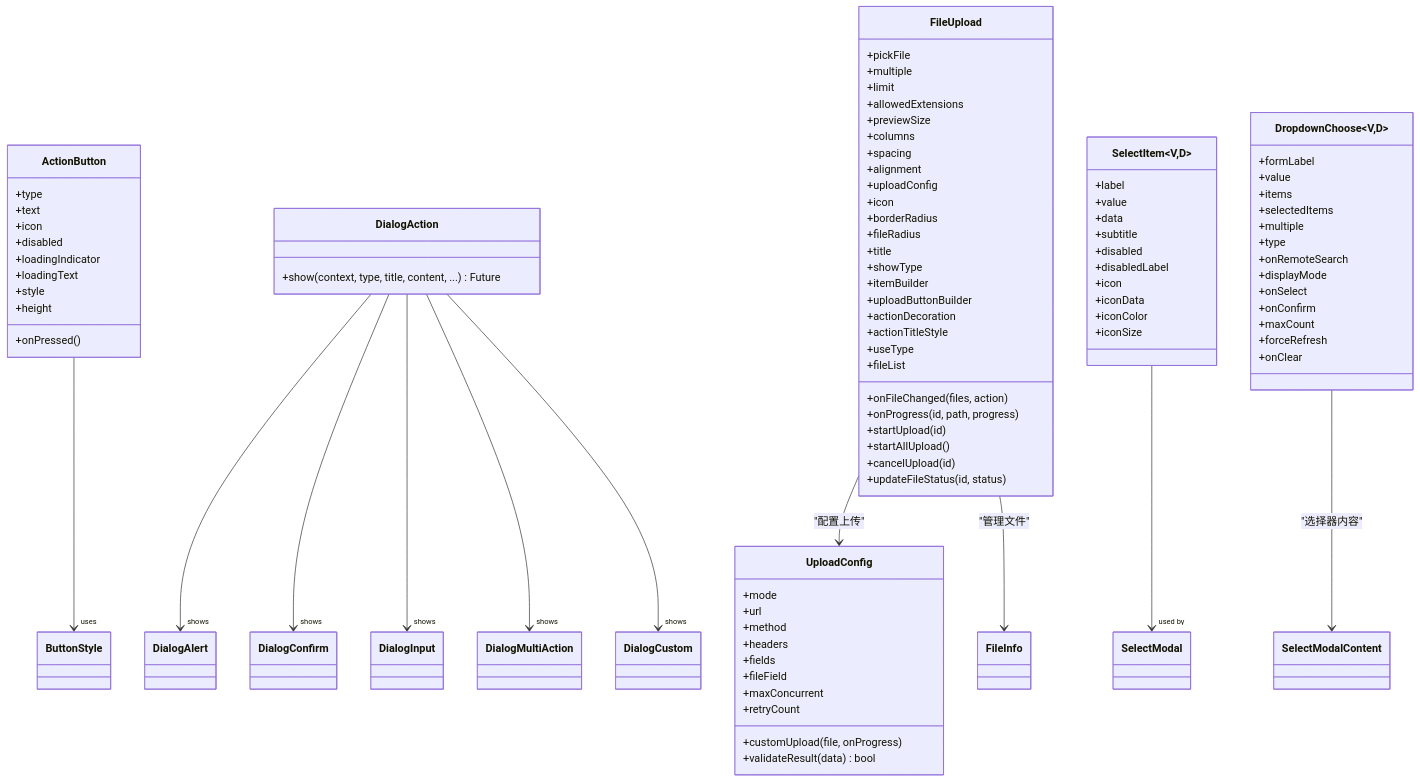
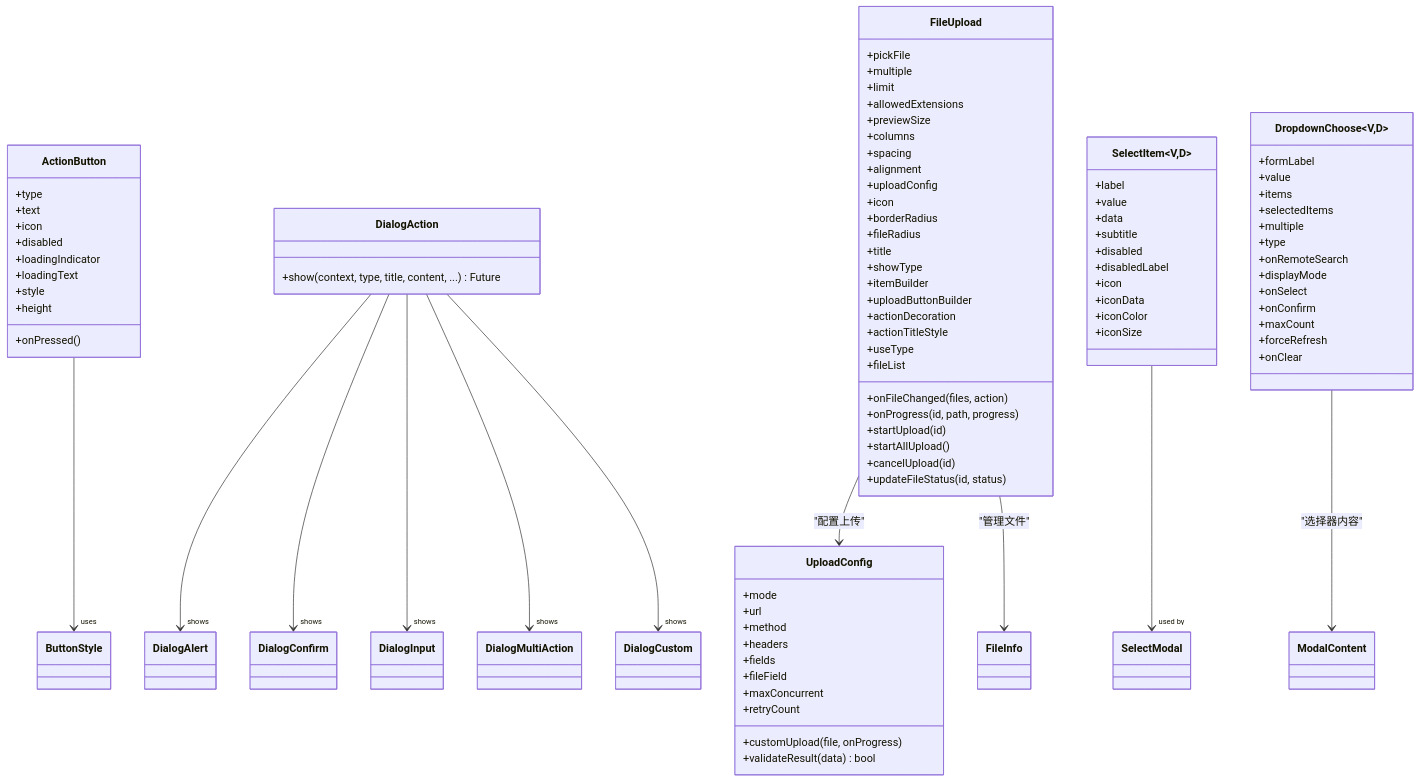
One commit to yuzhido/lite-ui changed the second of 6 diagrams in .qoder/repowiki/zh/content/迁移指南.md. Above: the diagram before and after it, drawn with Mermaid. The commit also changed other lines of this file and 16 other files, not shown here.

````diff
--- a/.qoder/repowiki/zh/content/迁移指南.md
+++ b/.qoder/repowiki/zh/content/迁移指南.md
@@ -178,5 +189,5 @@
 FileUpload --> UploadConfig : "配置上传"
 FileUpload --> FileInfo : "管理文件"
 SelectItem --> "used by" SelectModal
-DropdownChoose --> SelectModalContent : "选择器内容"
+DropdownChoose --> ModalContent : "选择器内容"
 ```
````
